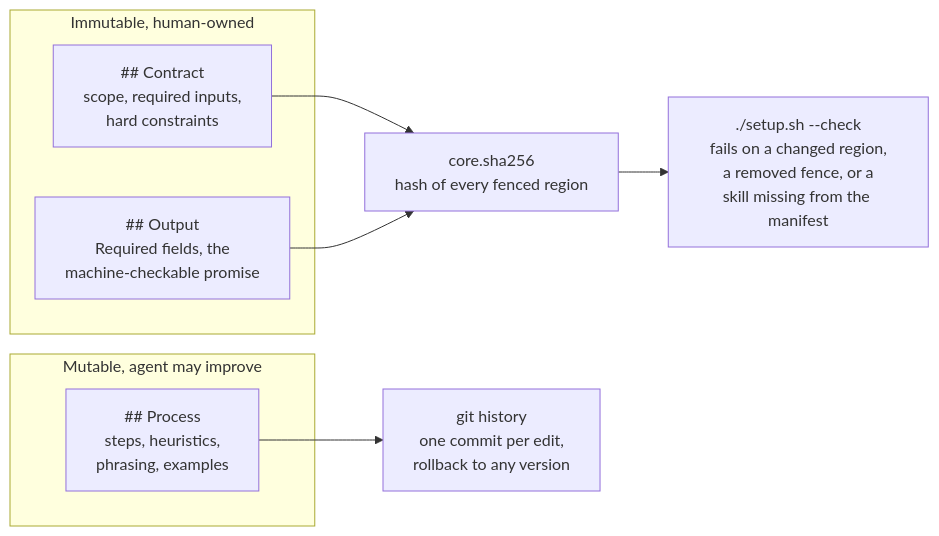
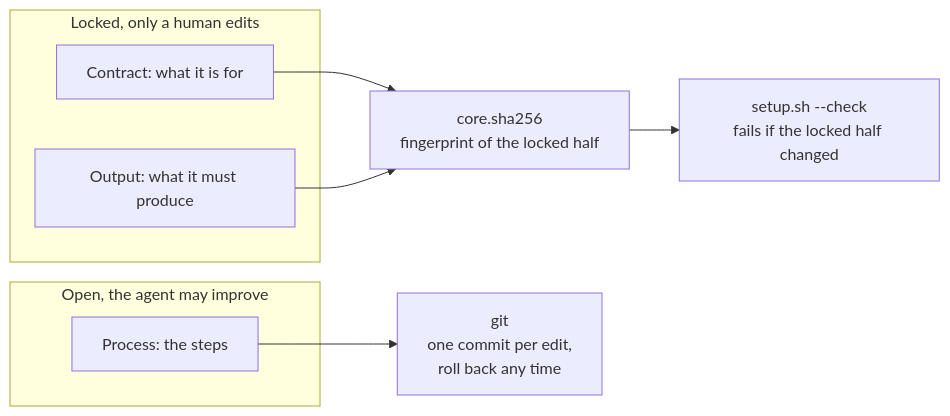
The third of 5 diagrams in docs/FLOWS.md (adhyayanrathi01/product-manager-os), drawn with Mermaid before and after one commit. The commit also changed other lines of this file and 4 other files, not shown here.

First line of the commit message:
v0.4.1: rewrite FLOWS.md in plain language

````diff
--- a/docs/FLOWS.md
+++ b/docs/FLOWS.md
@@ -62,14 +63,14 @@
 ```mermaid
 flowchart LR
-    subgraph IMM["Immutable, human-owned"]
-        A["## Contract<br/>scope, required inputs,<br/>hard constraints"]
-        B["## Output<br/>Required fields, the<br/>machine-checkable promise"]
+    subgraph L["Locked, only a human edits"]
+        A["Contract: what it is for"]
+        B["Output: what it must produce"]
     end
-    subgraph MUT["Mutable, agent may improve"]
-        C["## Process<br/>steps, heuristics,<br/>phrasing, examples"]
+    subgraph O["Open, the agent may improve"]
+        C["Process: the steps"]
     end
-    A --> D["core.sha256<br/>hash of every fenced region"]
+    A --> D["core.sha256<br/>fingerprint of the locked half"]
     B --> D
-    D --> E["./setup.sh --check<br/>fails on a changed region,<br/>a removed fence, or a<br/>skill missing from the manifest"]
-    C --> F["git history<br/>one commit per edit,<br/>rollback to any version"]
+    D --> E["setup.sh --check<br/>fails if the locked half changed"]
+    C --> F["git<br/>one commit per edit,<br/>roll back any time"]
 ```
````
